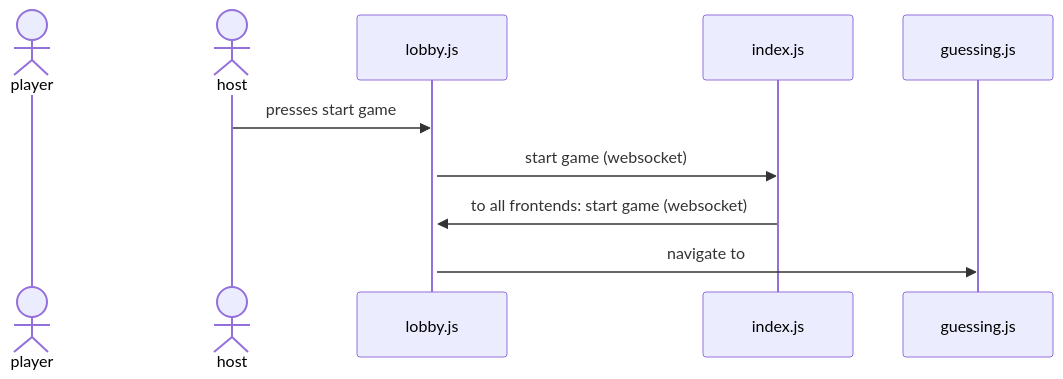
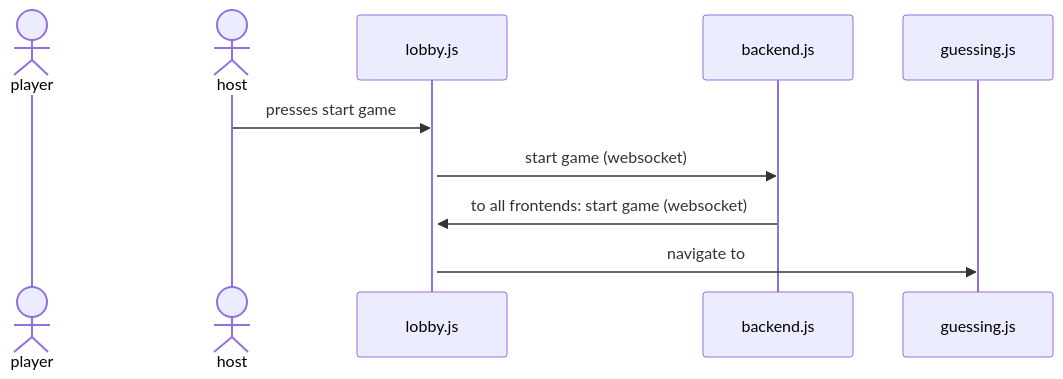
Before and after one commit to Capstone-Projects-2025-Spring/project-aac-game-team-a: the fourth of 13 diagrams in documentation/docs/system-architecture/design.md, drawn with Mermaid. The commit also changed other lines of this file, not shown here.

Commit message:
added necessary return arrows and explained diagram steps

````diff
--- a/documentation/docs/system-architecture/design.md
+++ b/documentation/docs/system-architecture/design.md
@@ -114,12 +117,12 @@
 ```mermaid
 sequenceDiagram
 actor player
 
 actor host
 
 host ->> lobby.js: presses start game
 activate lobby.js
-lobby.js ->> index.js: start game (websocket)
-index.js ->> lobby.js: to all frontends: start game (websocket)
+lobby.js ->> backend.js: start game (websocket)
+backend.js ->> lobby.js: to all frontends: start game (websocket)
 lobby.js ->> guessing.js: navigate to
 ```
````
